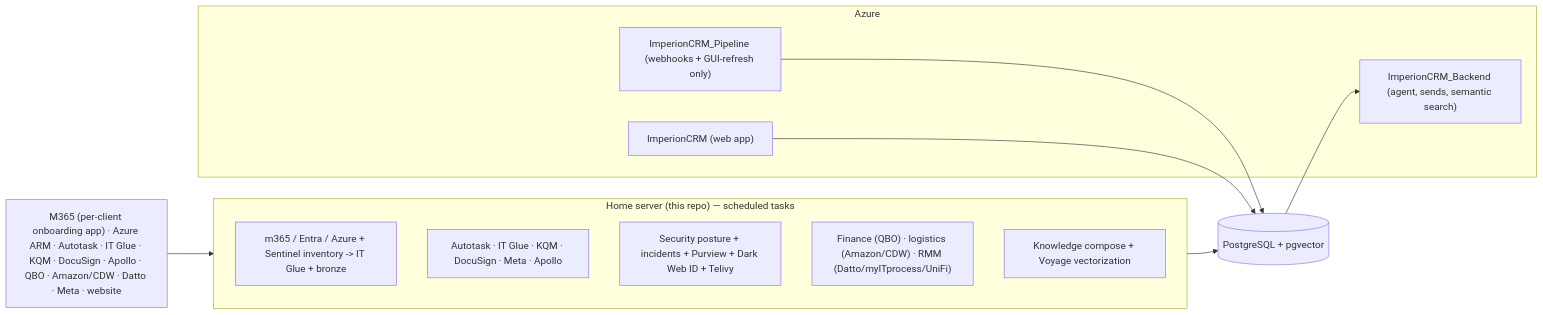
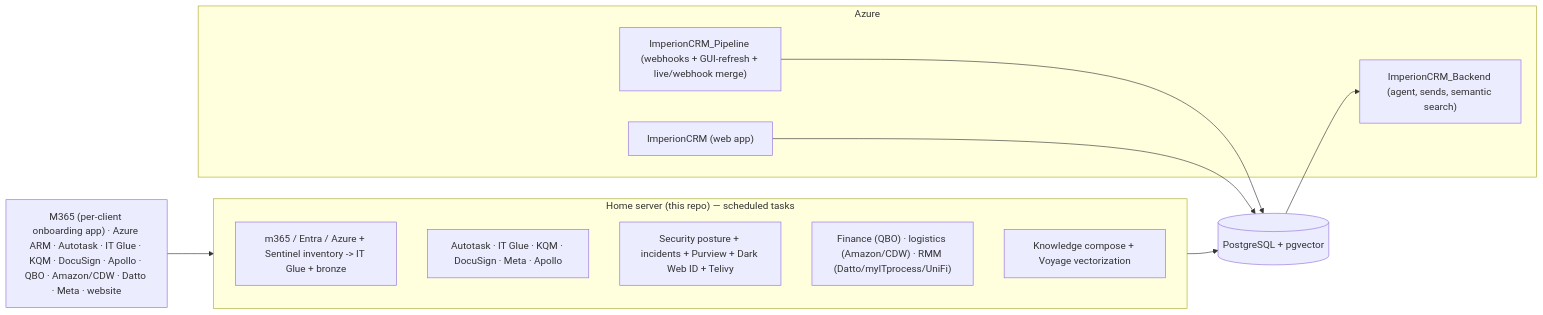
The diagram in docs/architecture/system-overview.md (markdconnelly/ImperionCRM_LocalPipelineEnrichment), drawn with Mermaid before and after one commit. The commit also changed other lines of this file and 12 other files, not shown here.

First line of the commit message:
docs: deep-dive refresh — sync to 0.12.0, merge co-location (ADR-0026), checklist completion (#253) (#254)

````diff
--- a/docs/architecture/system-overview.md
+++ b/docs/architecture/system-overview.md
@@ -10,21 +10,21 @@
 ```mermaid
 flowchart LR
     subgraph CLOUD["Azure"]
       FE["ImperionCRM (web app)"]
       BE["ImperionCRM_Backend (agent, sends, semantic search)"]
-      PL["ImperionCRM_Pipeline (webhooks + GUI-refresh only)"]
+      PL["ImperionCRM_Pipeline (webhooks + GUI-refresh + live/webhook merge)"]
     end
     subgraph HOME["Home server (this repo) — scheduled tasks"]
       T1["m365 / Entra / Azure + Sentinel inventory -> IT Glue + bronze"]
       T2["Autotask · IT Glue · KQM · DocuSign · Meta · Apollo"]
       T3["Security posture + incidents + Purview + Dark Web ID + Telivy"]
       T4["Finance (QBO) · logistics (Amazon/CDW) · RMM (Datto/myITprocess/UniFi)"]
       T5["Knowledge compose + Voyage vectorization"]
     end
     SRC["M365 (per-client onboarding app) · Azure ARM · Autotask · IT Glue · KQM · DocuSign · Apollo · QBO · Amazon/CDW · Datto · Meta · website"]
     SRC --> HOME
     HOME --> PG[("PostgreSQL + pgvector")]
     PL --> PG
     FE --> PG
     PG --> BE
 ```
````
